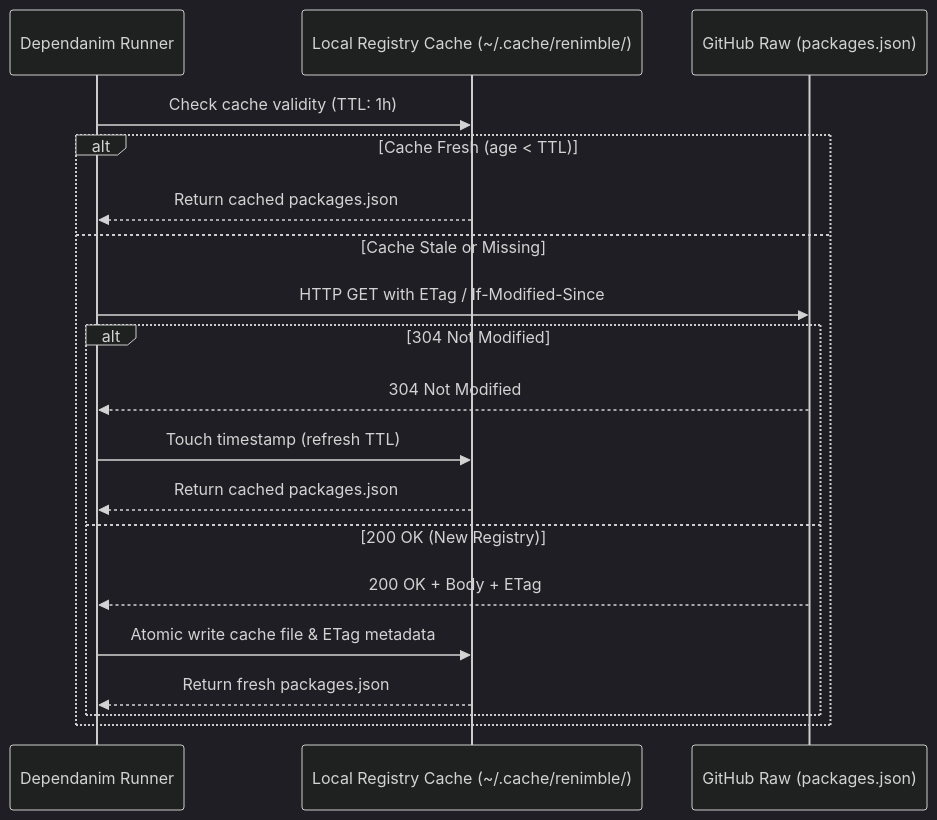
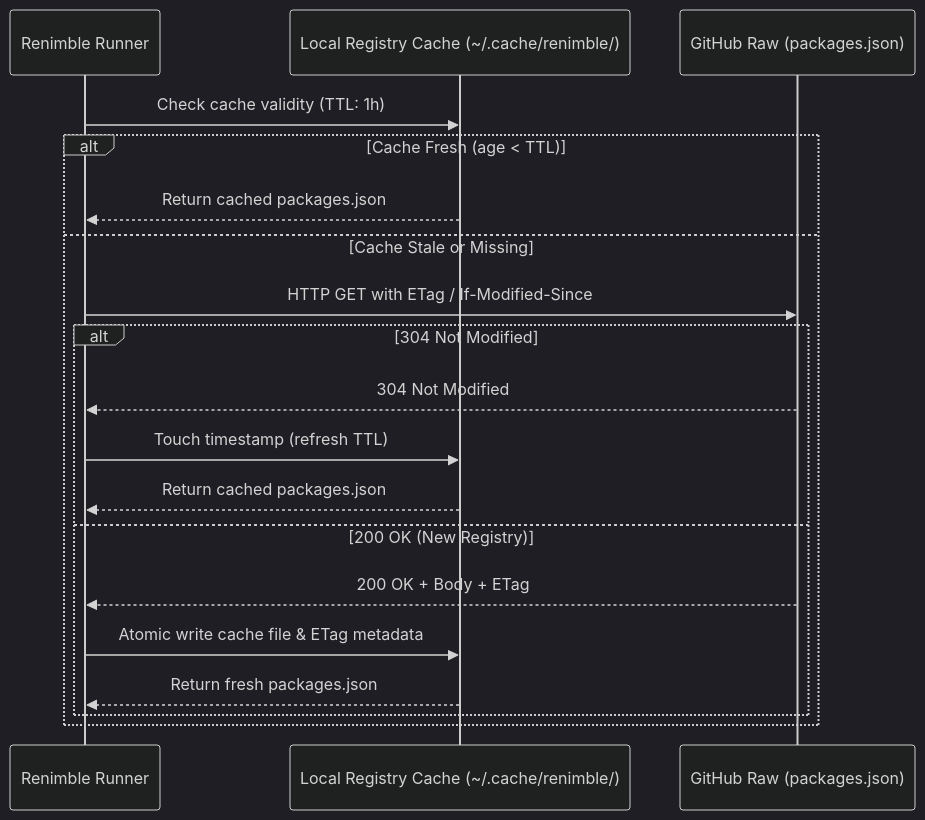
One commit to elijahr/renimble changed the third of 5 diagrams in docs/RFD.md. Above: the diagram before and after it, drawn with Mermaid (dark theme). The commit also changed other lines of this file and 8 other files, not shown here.

````diff
--- a/docs/RFD.md
+++ b/docs/RFD.md
@@ -202,22 +202,22 @@
 ```mermaid
 sequenceDiagram
-    participant Runner as Dependanim Runner
+    participant Runner as Renimble Runner
     participant Cache as Local Registry Cache (~/.cache/renimble/)
     participant RegServer as GitHub Raw (packages.json)
     
     Runner->>Cache: Check cache validity (TTL: 1h)
     alt Cache Fresh (age < TTL)
         Cache-->>Runner: Return cached packages.json
     else Cache Stale or Missing
         Runner->>RegServer: HTTP GET with ETag / If-Modified-Since
         alt 304 Not Modified
             RegServer-->>Runner: 304 Not Modified
             Runner->>Cache: Touch timestamp (refresh TTL)
             Cache-->>Runner: Return cached packages.json
         else 200 OK (New Registry)
             RegServer-->>Runner: 200 OK + Body + ETag
             Runner->>Cache: Atomic write cache file & ETag metadata
             Cache-->>Runner: Return fresh packages.json
         end
     end
 ```
````
